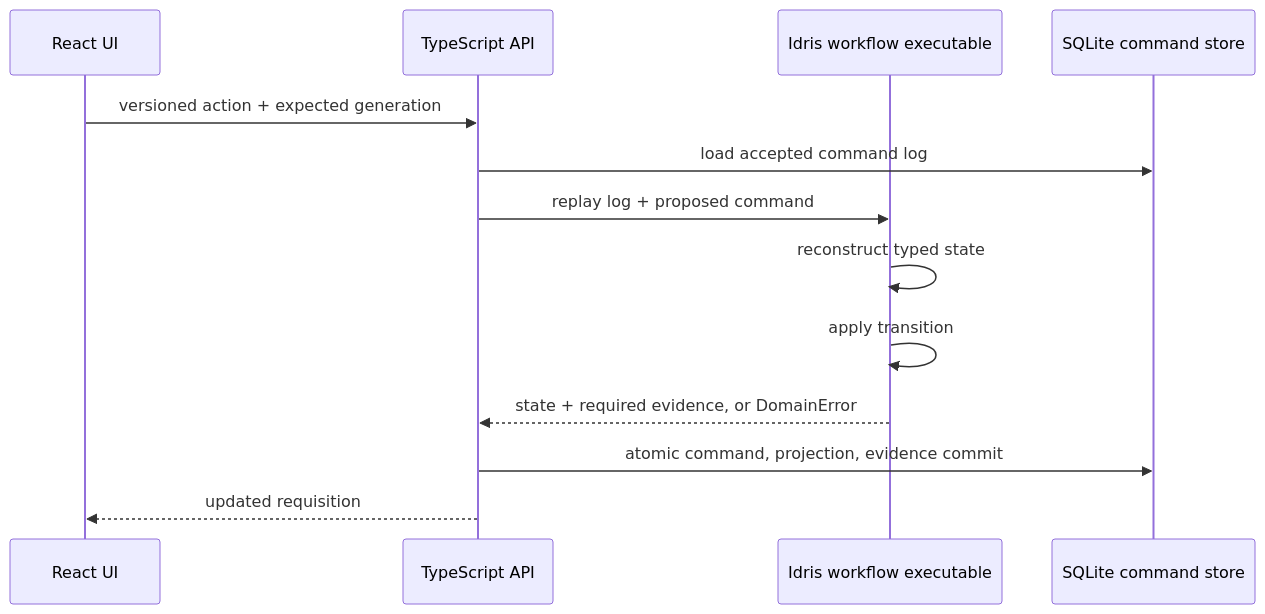
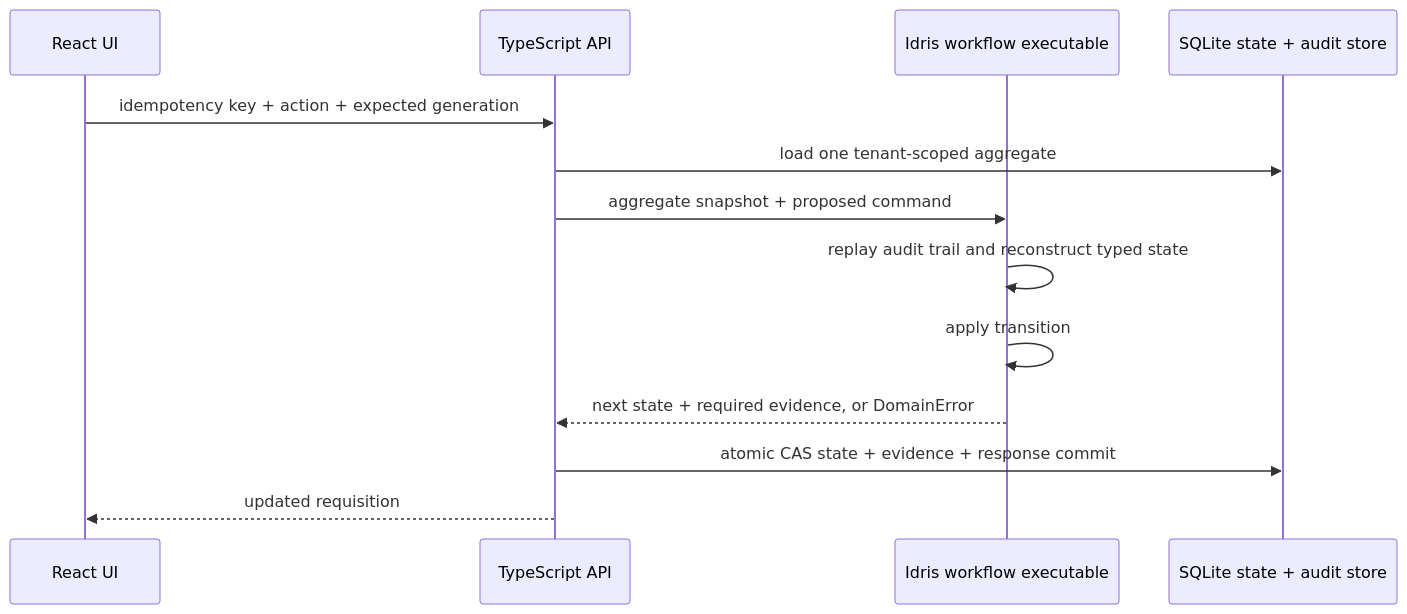
The diagram in docs/slice-1.md (robertiannuzzo/agentic-kodamai), drawn with Mermaid before and after one commit. The commit also changed other lines of this file and 40 other files, not shown here.

````diff
--- a/docs/slice-1.md
+++ b/docs/slice-1.md
@@ -9,16 +25,16 @@
 ```mermaid
 sequenceDiagram
   participant UI as React UI
   participant API as TypeScript API
   participant KG as Idris workflow executable
-  participant DB as SQLite command store
+  participant DB as SQLite state + audit store
 
-  UI->>API: versioned action + expected generation
-  API->>DB: load accepted command log
-  API->>KG: replay log + proposed command
-  KG->>KG: reconstruct typed state
+  UI->>API: idempotency key + action + expected generation
+  API->>DB: load one tenant-scoped aggregate
+  API->>KG: aggregate snapshot + proposed command
+  KG->>KG: replay audit trail and reconstruct typed state
   KG->>KG: apply transition
-  KG-->>API: state + required evidence, or DomainError
-  API->>DB: atomic command, projection, evidence commit
+  KG-->>API: next state + required evidence, or DomainError
+  API->>DB: atomic CAS state + evidence + response commit
   API-->>UI: updated requisition
 ```
````
